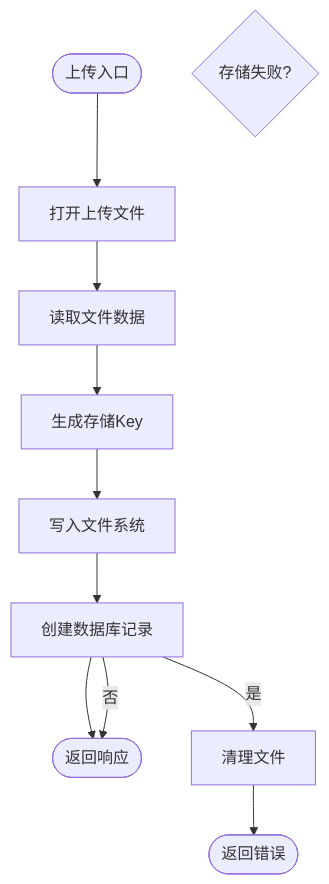
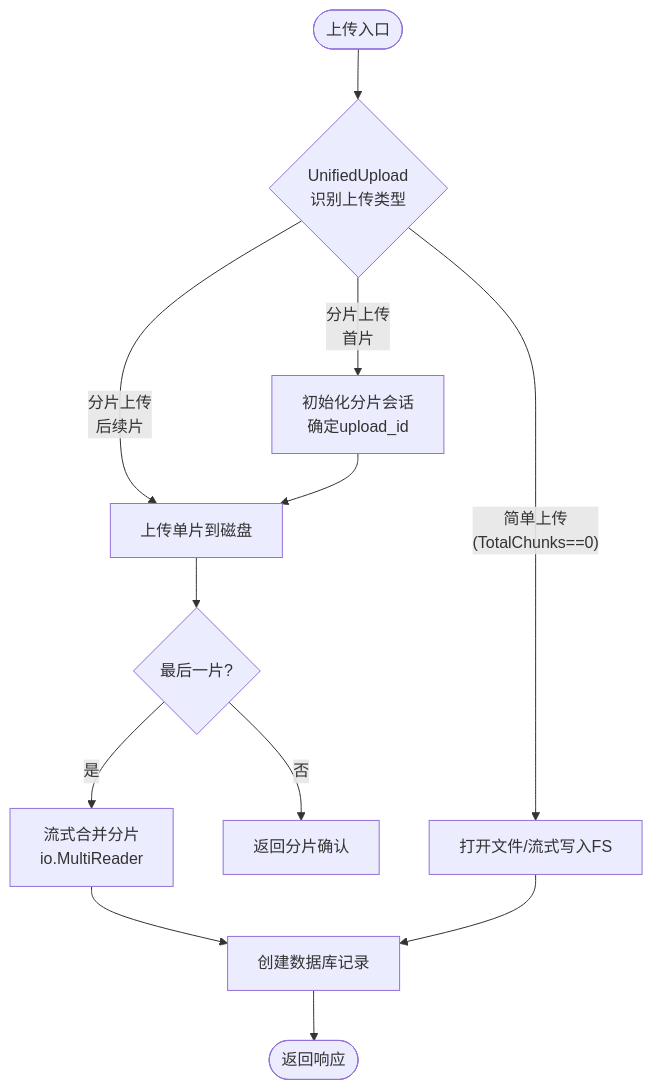
Before and after one commit to wuwuseo/e-sports-go-admin: the fifth of 7 diagrams in .qoder/repowiki/zh/content/核心模块/核心模块.md, drawn with Mermaid. The commit also changed other lines of this file and 42 other files, not shown here.

````diff
--- a/.qoder/repowiki/zh/content/核心模块/核心模块.md
+++ b/.qoder/repowiki/zh/content/核心模块/核心模块.md
@@ -249,12 +304,14 @@
 ```mermaid
 flowchart TD
-Start(["上传入口"]) --> Open["打开上传文件"]
-Open --> Read["读取文件数据"]
-Read --> GenKey["生成存储Key"]
-GenKey --> Store["写入文件系统"]
-Store --> SaveDB["创建数据库记录"]
+Start(["上传入口"]) --> Unified{"UnifiedUpload<br/>识别上传类型"}
+Unified --> |"简单上传<br/>(TotalChunks==0)"| Simple["打开文件/流式写入FS"]
+Unified --> |"分片上传<br/>首片"| Init["初始化分片会话<br/>确定upload_id"]
+Unified --> |"分片上传<br/>后续片"| Chunk["上传单片到磁盘"]
+Init --> Chunk
+Chunk --> Last{"最后一片?"}
+Last --> |否| Resp["返回分片确认"]
+Last --> |是| Merge["流式合并分片<br/>io.MultiReader"]
+Merge --> SaveDB["创建数据库记录"]
+Simple --> SaveDB
 SaveDB --> Done(["返回响应"])
-Error{"存储失败?"}
-SaveDB --> |否| Done
-SaveDB --> |是| Clean["清理文件"] --> Fail(["返回错误"])
 ```
````
